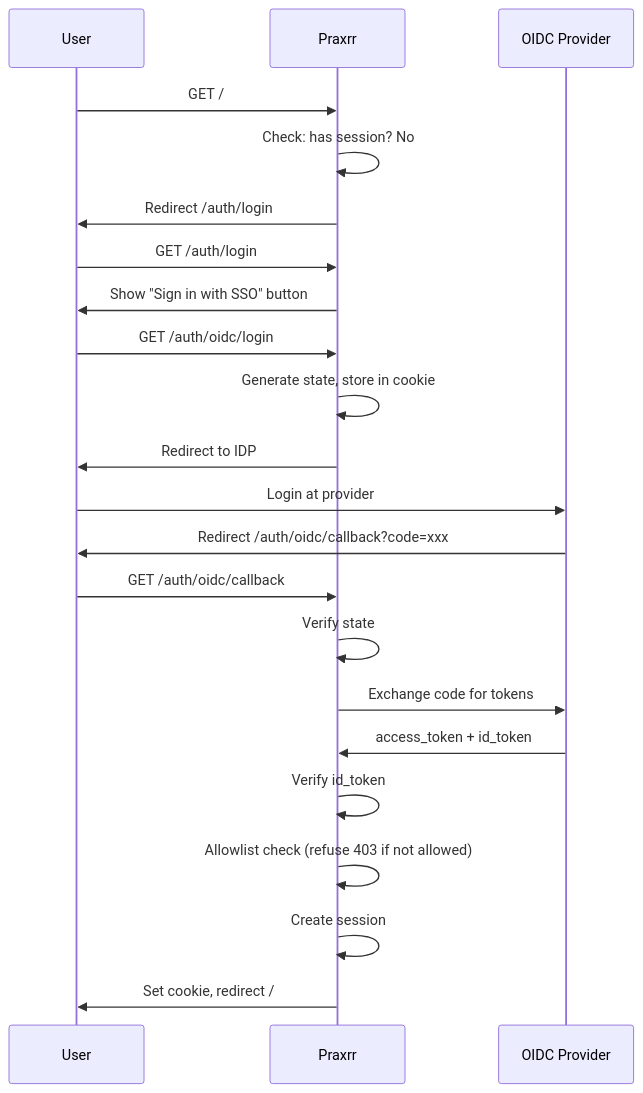
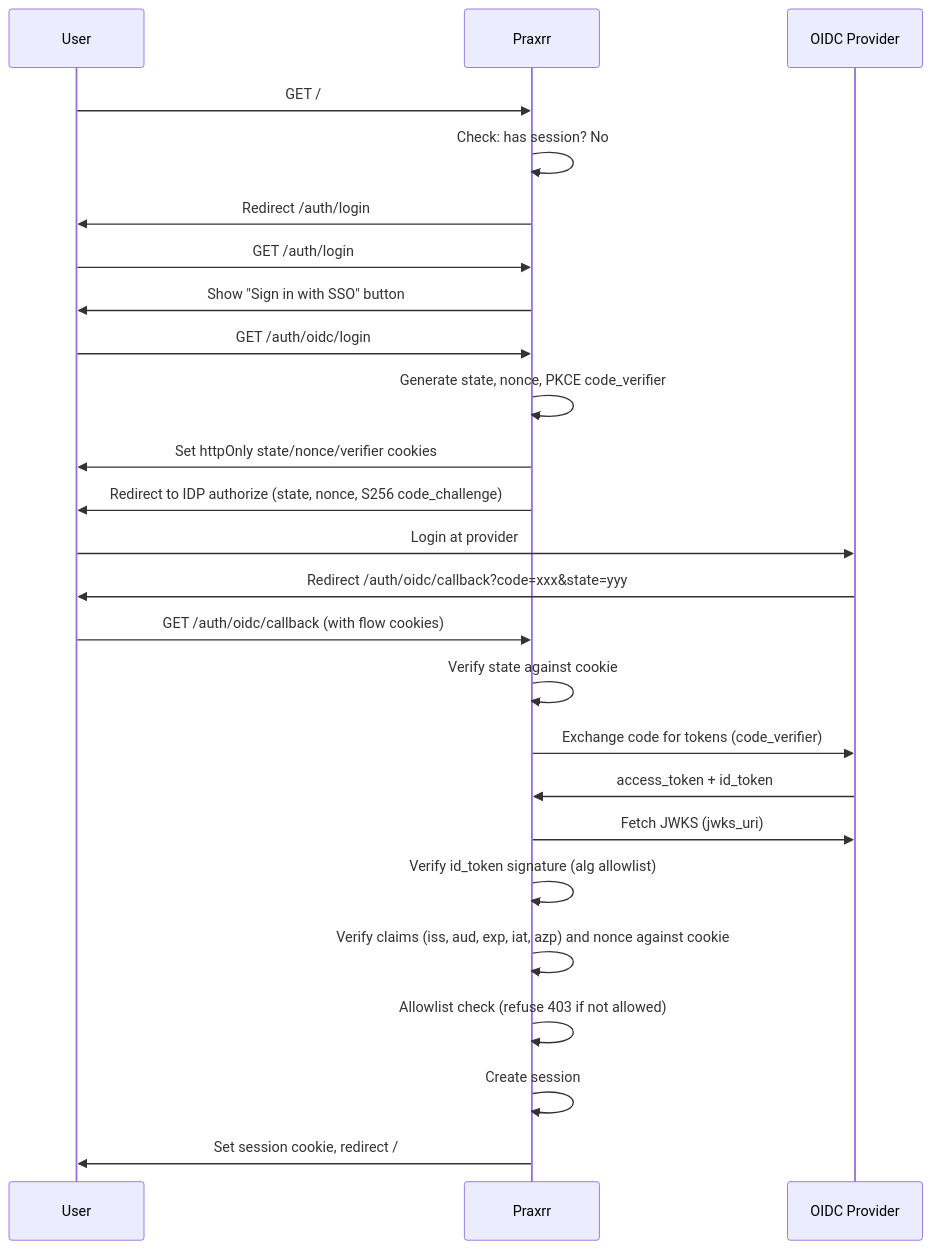
One commit to yandy-r/praxrr changed the sixth of 7 diagrams in packages/praxrr-app/src/lib/server/utils/auth/README.md. Above: the diagram before and after it, drawn with Mermaid. The commit also changed other lines of this file and 21 other files, not shown here.

First line of the commit message:
fix(auth): verify OIDC ID-token signatures and bind sign-in with PKCE and nonce (#372)

````diff
--- a/packages/praxrr-app/src/lib/server/utils/auth/README.md
+++ b/packages/praxrr-app/src/lib/server/utils/auth/README.md
@@ -136,25 +136,28 @@
 ```mermaid
 sequenceDiagram
     participant U as User
     participant P as Praxrr
     participant IDP as OIDC Provider
 
     U->>P: GET /
     P->>P: Check: has session? No
     P->>U: Redirect /auth/login
     U->>P: GET /auth/login
     P->>U: Show "Sign in with SSO" button
     U->>P: GET /auth/oidc/login
-    P->>P: Generate state, store in cookie
-    P->>U: Redirect to IDP
+    P->>P: Generate state, nonce, PKCE code_verifier
+    P->>U: Set httpOnly state/nonce/verifier cookies
+    P->>U: Redirect to IDP authorize (state, nonce, S256 code_challenge)
     U->>IDP: Login at provider
-    IDP->>U: Redirect /auth/oidc/callback?code=xxx
-    U->>P: GET /auth/oidc/callback
-    P->>P: Verify state
-    P->>IDP: Exchange code for tokens
+    IDP->>U: Redirect /auth/oidc/callback?code=xxx&state=yyy
+    U->>P: GET /auth/oidc/callback (with flow cookies)
+    P->>P: Verify state against cookie
+    P->>IDP: Exchange code for tokens (code_verifier)
     IDP->>P: access_token + id_token
-    P->>P: Verify id_token
+    P->>IDP: Fetch JWKS (jwks_uri)
+    P->>P: Verify id_token signature (alg allowlist)
+    P->>P: Verify claims (iss, aud, exp, iat, azp) and nonce against cookie
     P->>P: Allowlist check (refuse 403 if not allowed)
     P->>P: Create session
-    P->>U: Set cookie, redirect /
+    P->>U: Set session cookie, redirect /
 ```
````
